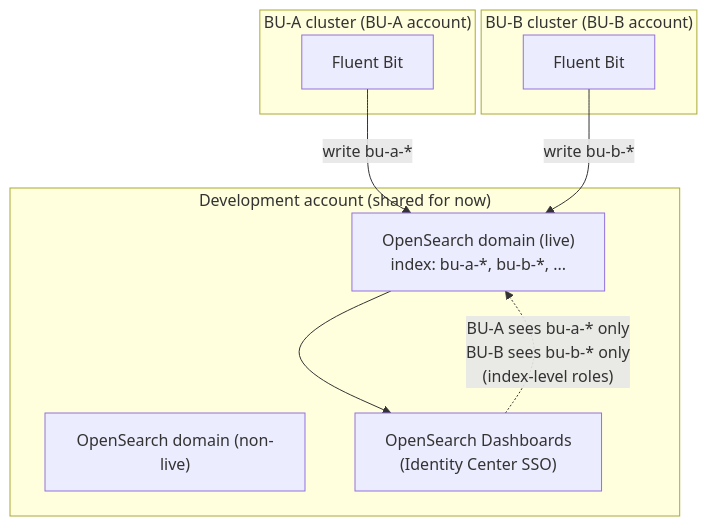
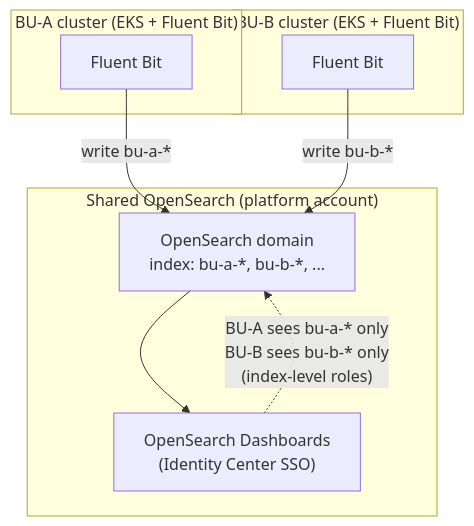
Before and after one commit to ministryofjustice/cloud-platform: the first of 3 diagrams in architecture-decision-record/cp30/ADR-017-opensearch-deployment-model.md, drawn with Mermaid. The commit also changed other lines of this file, not shown here.

Commit message:
docs(adr-017): switch decision to shared cluster, add D17 public endpoint (#8420)

````diff
--- a/architecture-decision-record/cp30/ADR-017-opensearch-deployment-model.md
+++ b/architecture-decision-record/cp30/ADR-017-opensearch-deployment-model.md
@@ -132,18 +95,17 @@
 ```mermaid
 flowchart TB
-  subgraph BUA["BU-A cluster (BU-A account)"]
+  subgraph BUA["BU-A cluster (EKS + Fluent Bit)"]
     FBA["Fluent Bit"]
   end
-  subgraph BUB["BU-B cluster (BU-B account)"]
+  subgraph BUB["BU-B cluster (EKS + Fluent Bit)"]
     FBB["Fluent Bit"]
   end
-  subgraph OBS["Development account (shared for now)"]
-    OS["OpenSearch domain (live)<br/>index: bu-a-*, bu-b-*, ..."]
-    OSN["OpenSearch domain (non-live)"]
+  subgraph OBS["Shared OpenSearch (platform account)"]
+    OS["OpenSearch domain<br/>index: bu-a-*, bu-b-*, ..."]
     DASH["OpenSearch Dashboards<br/>(Identity Center SSO)"]
   end
   FBA -- "write bu-a-*" --> OS
   FBB -- "write bu-b-*" --> OS
   OS --> DASH
   DASH -. "BU-A sees bu-a-* only<br/>BU-B sees bu-b-* only<br/>(index-level roles)" .-> OS
 ```
````
